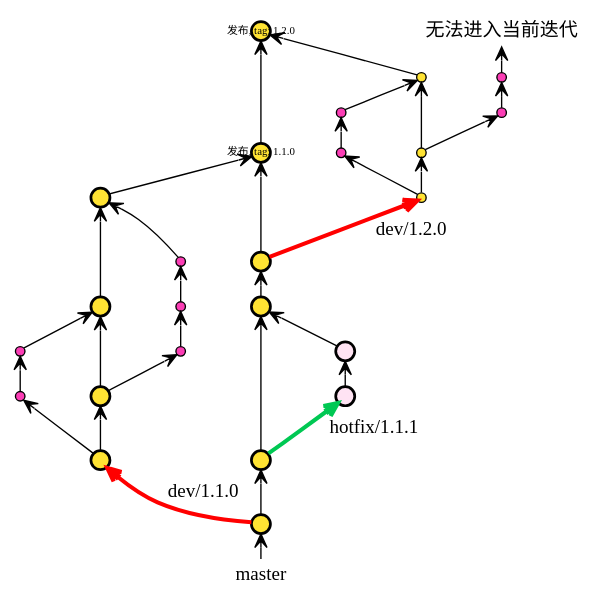
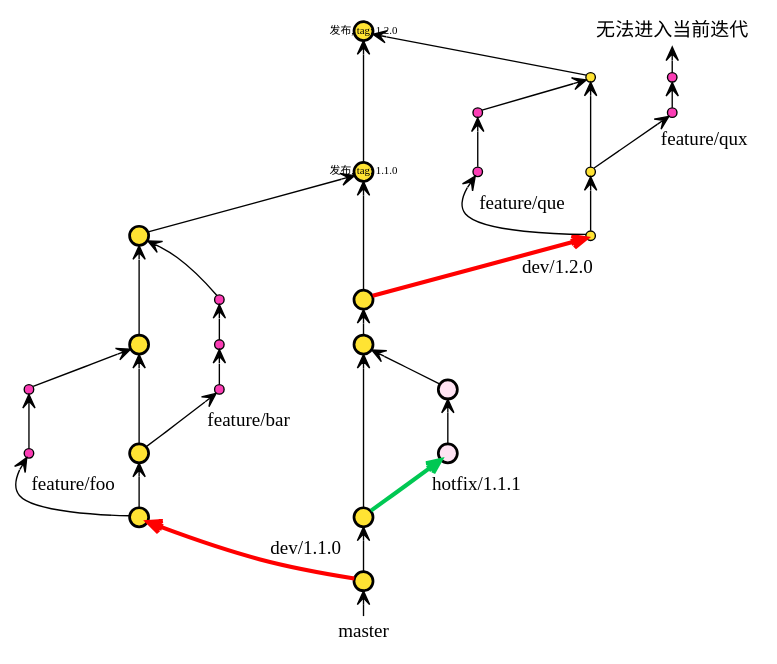
The diagram in branch/zuiyou.dot (walfud/dot), drawn with Graphviz before and after one commit. The commit also changed 1 other file, not shown here.

```diff
--- a/branch/zuiyou.dot
+++ b/branch/zuiyou.dot
@@ -1,79 +1,83 @@
 // https://graphviz.gitlab.io/_pages/doc/info/attrs.html
 digraph dev {
 rankdir="BT";
 nodesep=0.5;
 ranksep=0.25;
 splines=true;
 forcelabels=false;
 
 // general
 node [style=filled, color="#00000055", fontcolor="black", font="Consolas", fontsize="8pt" ];
 edge [arrowhead=open, color="#00000055", penwidth=1];
 
 // graph
 node [label="", fixedsize=true, width=0.2, height=0.2, shape=circle, penwidth=2]
 
 // new 
 node [style=filled, color="#000000", fontcolor="black", font="Consolas", fontsize="8pt" ];
 edge [arrowhead=open, color="#000000", penwidth=1];
 
 node [group="develop_new", fillcolor="#FFE333"];
 
 dn110_begin;
 dnfix_begin;
 dnfix_end;
 dn110_end [label="发布, tag: 1.1.0"];
 dn120_begin;
 dn120_end [label="发布, tag: 1.2.0"];
 subgraph {
     rank=source;
     dnfake [label="master", fixedsize=false, fontsize=14, fillcolor=none, shape=none, width=0, height=0, penwidth=0, margin=0.05];
 }
 dnfake -> dn110_begin -> dnfix_begin -> dnfix_end -> dn120_begin -> dn110_end -> dn120_end;
 
 // hotfix/1.1.1
 node [group="hotfix/1.1.1", fillcolor="#FFE3F3"];
 dnfix_1;
 dnfix_2;
 dnfix_begin -> dnfix_1 [label="hotfix/1.1.1" color="#00c853", penwidth=3];
 dnfix_1 -> dnfix_2 -> dnfix_end;
 
 // dev/1.1.0
 node [group="dev/1.1.0", fillcolor="#FFE333"];
 dn110_1;
 dn110_2;
 dn110_3;
 dn110_4;
 dn110_begin -> dn110_1 [label="dev/1.1.0" color="red", penwidth=3];
 dn110_1 -> dn110_2 -> dn110_3 -> dn110_4;
 dn110_4 -> dn110_end;
 
 node  [group="feature_new_1", fixedsize=true, width=0.1, height=0.1, penwidth=1, fillcolor="#FB3DB5"];
 fn110_1_3_1;
 fn110_1_3_2;
-dn110_1 -> fn110_1_3_1 -> fn110_1_3_2 -> dn110_3;
+dn110_1 -> fn110_1_3_1 [label="feature/foo"];
+fn110_1_3_1 -> fn110_1_3_2 -> dn110_3;
 fn110_2_5_1;
 fn110_2_5_2;
 fn110_2_5_3;
-dn110_2 -> fn110_2_5_1 -> fn110_2_5_2 -> fn110_2_5_3 -> dn110_4;
+dn110_2 -> fn110_2_5_1 [label="feature/bar"];
+fn110_2_5_1 -> fn110_2_5_2 -> fn110_2_5_3 -> dn110_4;
 
 // dev/1.2.0
 node [group="dev/1.2.0", fillcolor="#FFE333"];
 dn120_1;
 dn120_2;
 dn120_3;
 dn120_begin -> dn120_1 [label="dev/1.2.0", color="red", penwidth=3];
 dn120_1 -> dn120_2 -> dn120_3;
 dn120_3 -> dn120_end;
 
 node  [group="feature_new_120", fixedsize=true, width=0.1, height=0.1, penwidth=1, fillcolor="#FB3DB5"];
 fn120_1_4_1;
 fn120_1_4_2;
-dn120_1 -> fn120_1_4_1 -> fn120_1_4_2 -> dn120_3;
+dn120_1 -> fn120_1_4_1 [label="feature/que"];
+fn120_1_4_1 -> fn120_1_4_2 -> dn120_3;
 fn120_2_6_1;
 fn120_2_6_2;
 fn120_2_6_3 [label="无法进入当前迭代", fixedsize=false, fontsize=14, fillcolor=none, shape=none, width=0, height=0, penwidth=0, margin=0.05];
-dn120_2 -> fn120_2_6_1 -> fn120_2_6_2 -> fn120_2_6_3;
+dn120_2 -> fn120_2_6_1 [label="feature/qux"];
+fn120_2_6_1 -> fn120_2_6_2 -> fn120_2_6_3;
 
 
 }
```
